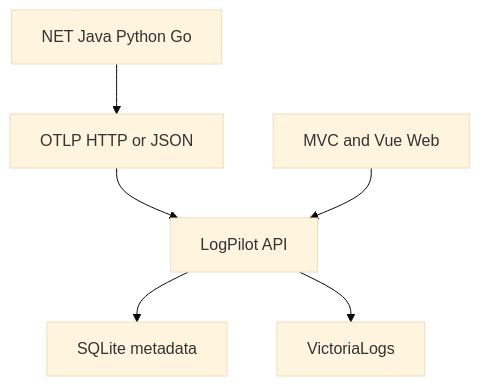
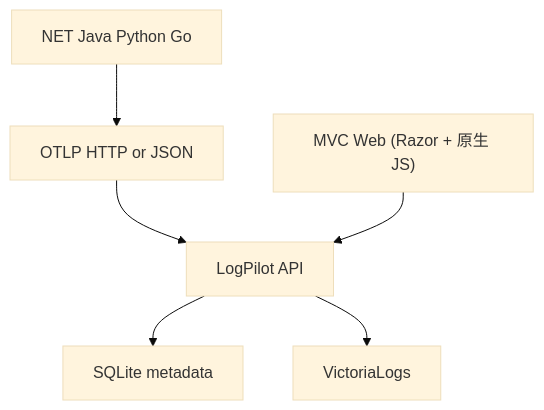
One commit to laibeishui/LogPilot changed the first of 2 diagrams in docs/02_LogPilot_V0.1_SQLite数据库与日志数据模型设计.md. Above: the diagram before and after it, drawn with Mermaid (base theme). The commit also changed other lines of this file and 53 other files, not shown here.

````diff
--- a/docs/02_LogPilot_V0.1_SQLite数据库与日志数据模型设计.md
+++ b/docs/02_LogPilot_V0.1_SQLite数据库与日志数据模型设计.md
@@ -17,8 +17,8 @@
 ```mermaid
 graph TD
     A["NET Java Python Go"] --> B["OTLP HTTP or JSON"]
     B --> C["LogPilot API"]
     C --> D["SQLite metadata"]
     C --> E["VictoriaLogs"]
-    F["MVC and Vue Web"] --> C
+    F["MVC Web (Razor + 原生 JS)"] --> C
 ```
````
